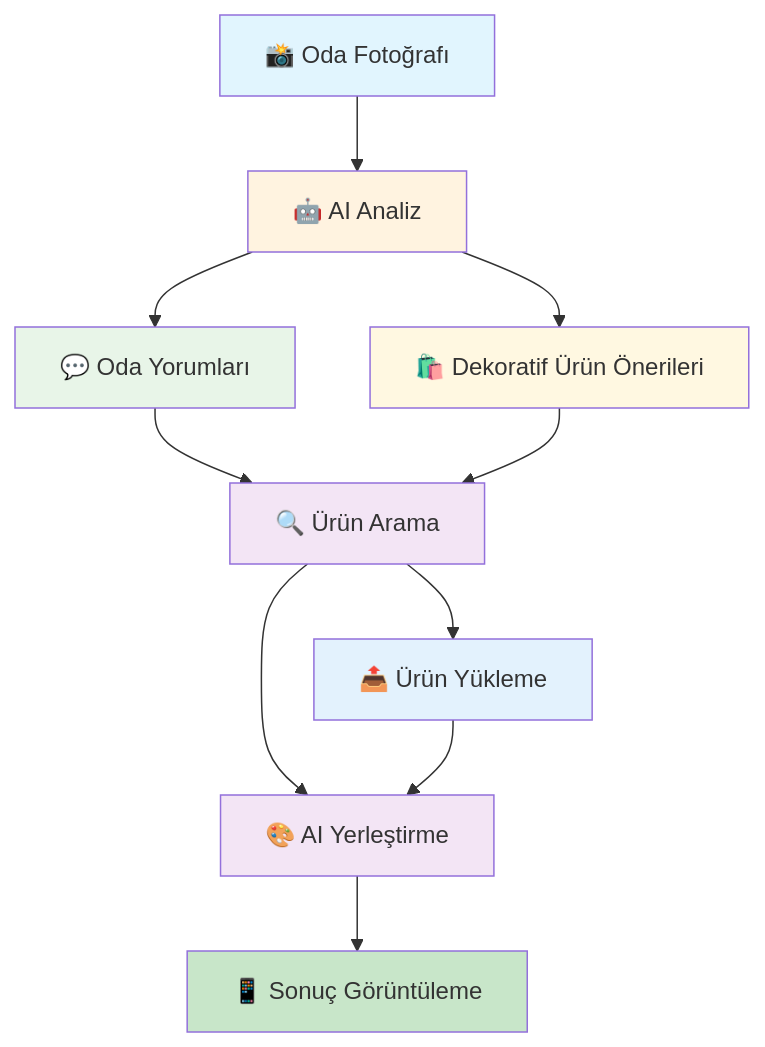
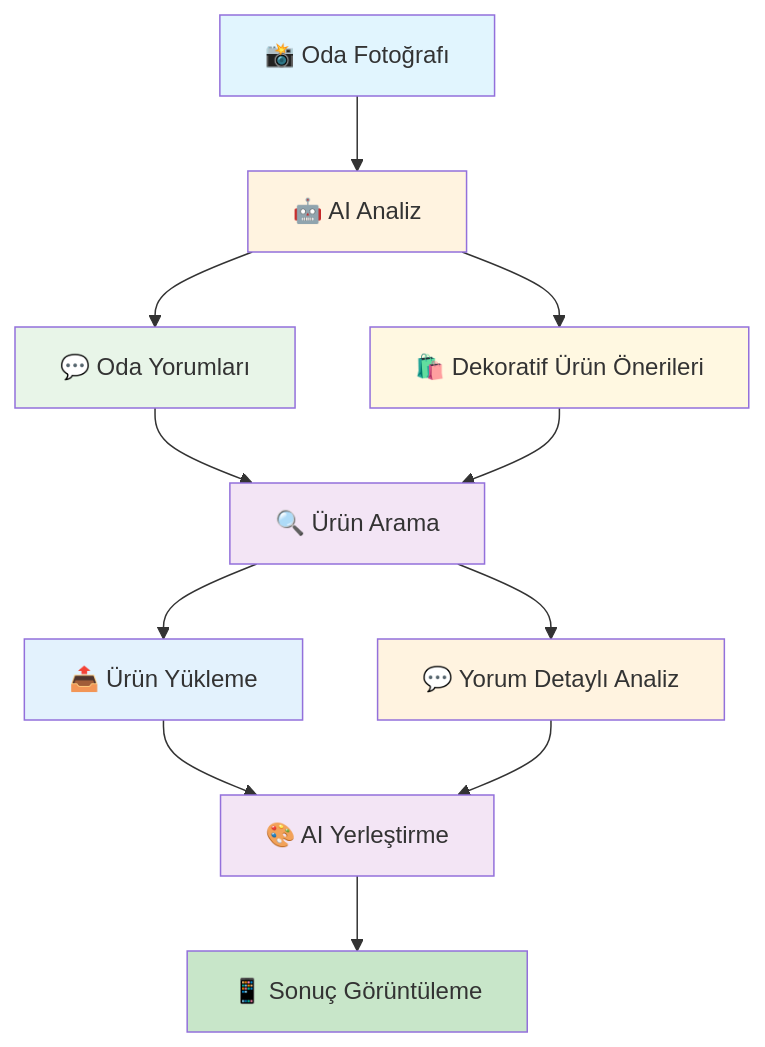
The first of 2 diagrams in SUNUM.md (Fikret-Arici/designroom), drawn with Mermaid before and after one commit. The commit also changed other lines of this file, not shown here.

````diff
--- a/SUNUM.md
+++ b/SUNUM.md
@@ -80,25 +80,28 @@
 ```mermaid
 graph TD
     A[📸 Oda Fotoğrafı] --> B[🤖 AI Analiz]
     
     B --> C[💬 Oda Yorumları]
     B --> D[🛍️ Dekoratif Ürün Önerileri]
     
     C --> E[🔍 Ürün Arama]
     D --> E
+    
     E --> F[📤 Ürün Yükleme]
+    E --> G[💬 Yorum Detaylı Analiz]
     
-    E --> G[🎨 AI Yerleştirme]
-    F --> G
+    F --> H[🎨 AI Yerleştirme]
+    G --> H
     
-    G --> H[📱 Sonuç Görüntüleme]
+    H --> I[📱 Sonuç Görüntüleme]
     
     style A fill:#e1f5fe
-    style H fill:#c8e6c9
+    style I fill:#c8e6c9
     style B fill:#fff3e0
-    style G fill:#f3e5f5
+    style H fill:#f3e5f5
     style C fill:#e8f5e8
     style D fill:#fff8e1
     style E fill:#f3e5f5
     style F fill:#e3f2fd
+    style G fill:#fff3e0
 ```
````
